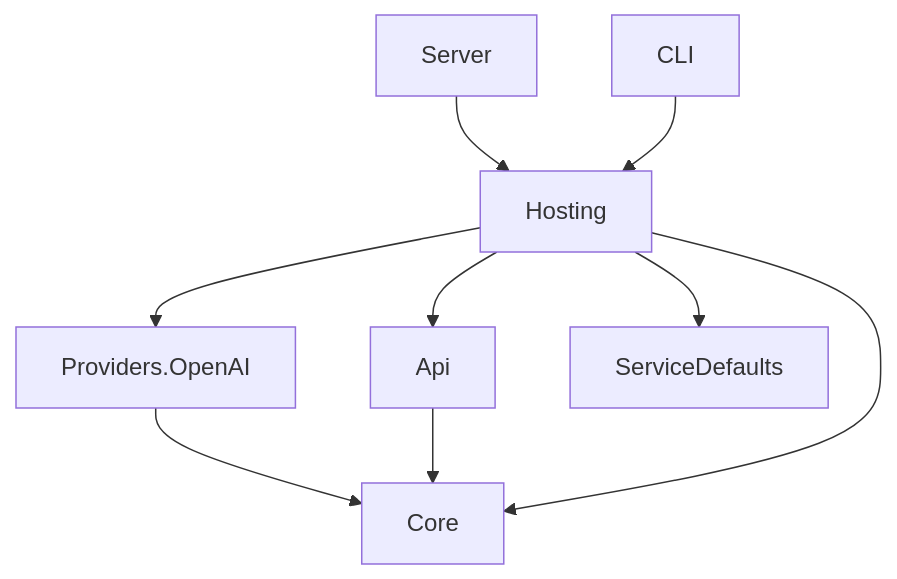
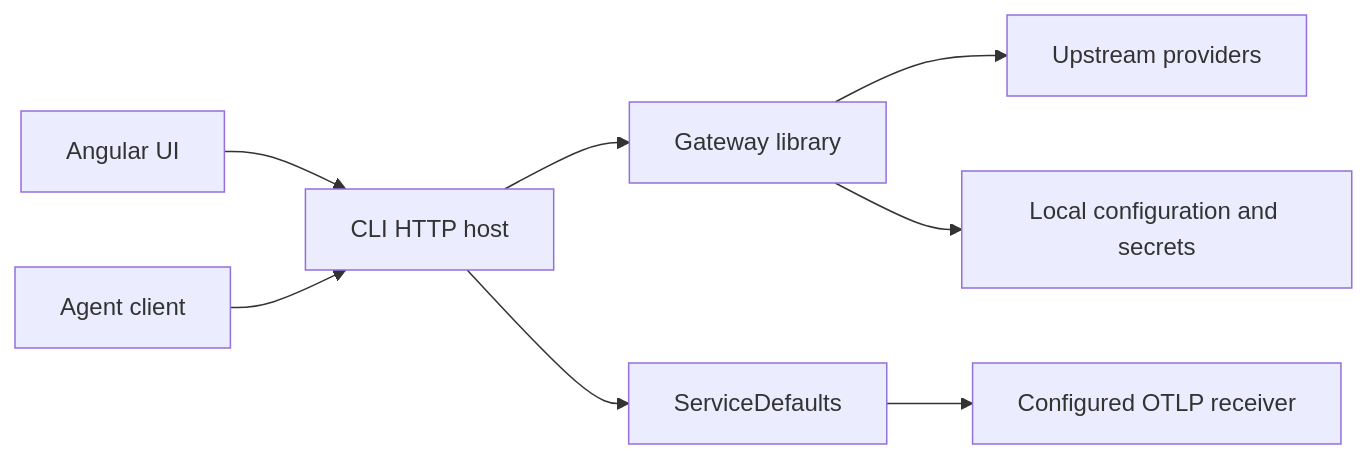
One commit to mehdihadeli/agent-router changed the diagram in docs/guide/project-structure.md. Above: the diagram before and after it, drawn with Mermaid. The commit also changed other lines of this file and 237 other files, not shown here.

````diff
--- a/docs/guide/project-structure.md
+++ b/docs/guide/project-structure.md
@@ -32,12 +47,10 @@
 ```mermaid
-flowchart TD
-    Core[Core]
-    Providers[Providers.OpenAI] --> Core
-    Api[Api] --> Core
-    Hosting[Hosting] --> Core
-    Hosting --> Providers
-    Hosting --> Api
-    Hosting --> Defaults[ServiceDefaults]
-    Server[Server] --> Hosting
-    CLI[CLI] --> Hosting
+flowchart LR
+    Browser[Angular UI] --> CLI[CLI HTTP host]
+    Agent[Agent client] --> CLI
+    CLI --> Core[Gateway library]
+    CLI --> Defaults[ServiceDefaults]
+    Core --> Upstream[Upstream providers]
+    Core --> SQLite[Local configuration and secrets]
+    Defaults --> OTLP[Configured OTLP receiver]
 ```
````
